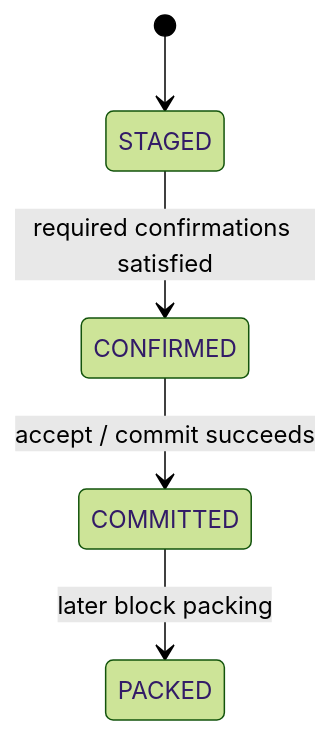
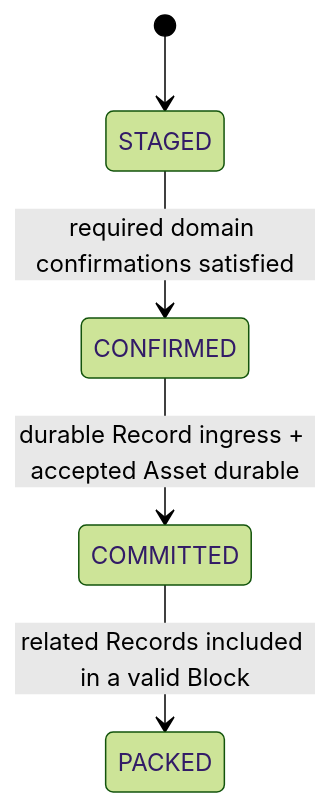
The fifth of 5 diagrams in docs/architecture.md (labourchain/repository), drawn with Mermaid (forest theme) before and after one commit. The commit also changed other lines of this file and 6 other files, not shown here.

````diff
--- a/docs/architecture.md
+++ b/docs/architecture.md
@@ -170,7 +270,7 @@
 ```mermaid
 stateDiagram-v2
     [*] --> STAGED
-    STAGED --> CONFIRMED: required confirmations satisfied
-    CONFIRMED --> COMMITTED: accept / commit succeeds
-    COMMITTED --> PACKED: later block packing
+    STAGED --> CONFIRMED: required domain confirmations satisfied
+    CONFIRMED --> COMMITTED: durable Record ingress + accepted Asset durable
+    COMMITTED --> PACKED: related Records included in a valid Block
 ```
````
